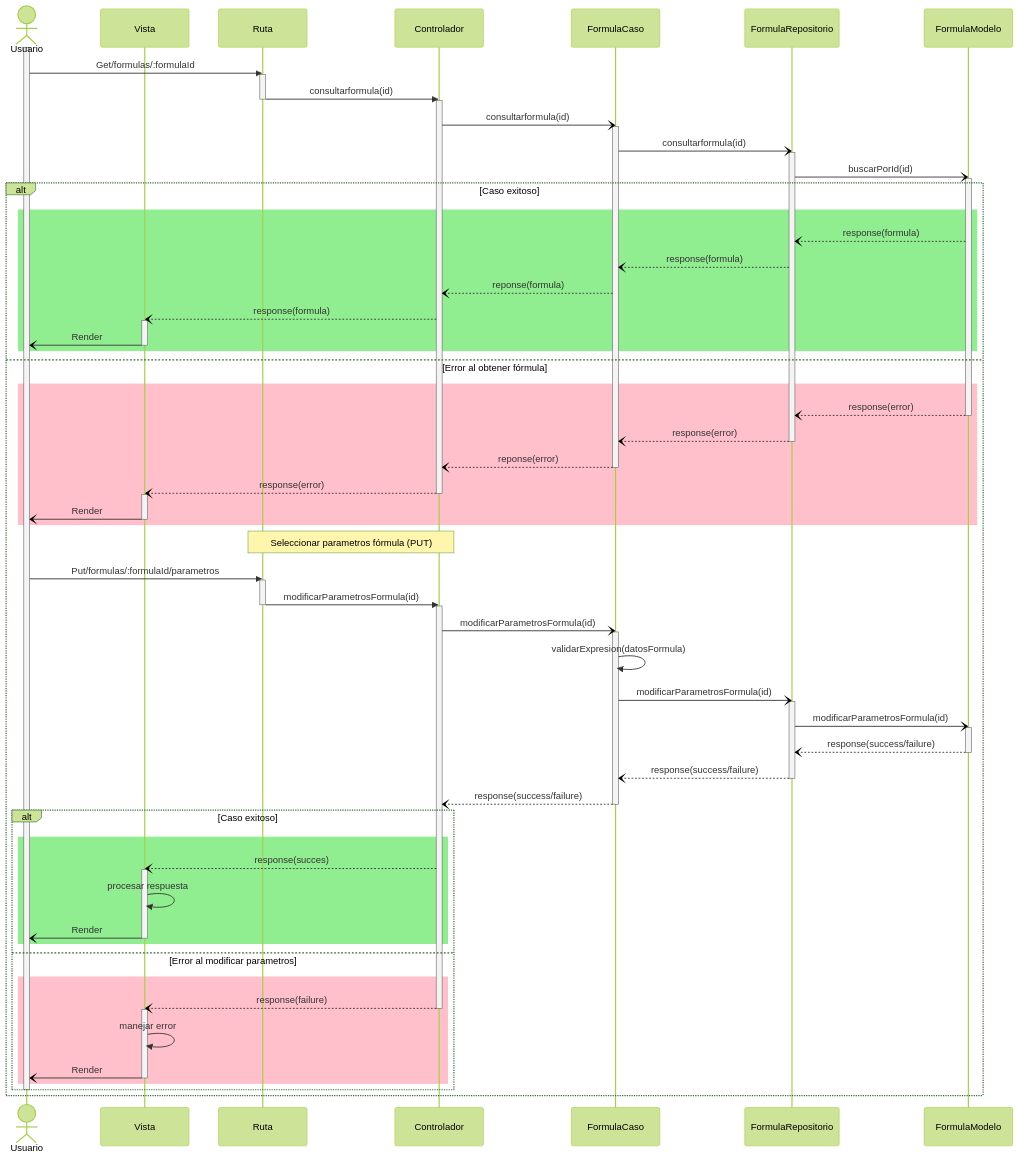
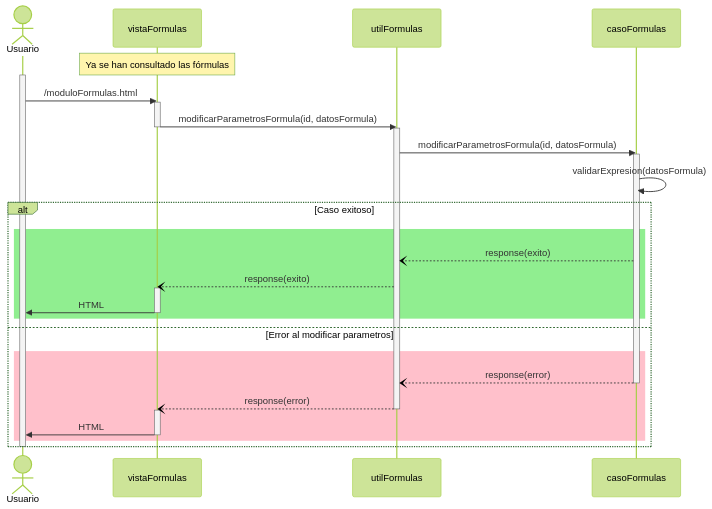
One commit to CodeAnd-Co/Documentacion changed the diagram in documentation/docs/proyectos/tractores/documentacion/requisitos/RF72.md. Above: the diagram before and after it, drawn with Mermaid (forest theme). The commit also changed other lines of this file, not shown here.

Commit message:
Corregir diagrama de secuencia RF72 a nuevo diagrama de paquetes

````diff
--- a/documentation/docs/proyectos/tractores/documentacion/requisitos/RF72.md
+++ b/documentation/docs/proyectos/tractores/documentacion/requisitos/RF72.md
@@ -27,92 +23,39 @@
 ```mermaid
 sequenceDiagram
     actor Usuario
-    participant view as Vista
-    participant route as Ruta
-    participant controller as Controlador
-    participant usecase as FormulaCaso
-    participant repository as FormulaRepositorio
-    participant model as FormulaModelo
+    participant vistaFormulas
+    participant utilFormulas
+    participant casoFormulas
 
+    note over vistaFormulas: Ya se han consultado las fórmulas
     activate Usuario
-    Usuario->>route: Get/formulas/:formulaId
-    activate route
-    route->>controller: consultarformula(id)
-    deactivate route
-    activate controller
-    controller-)usecase: consultarformula(id)
-    activate usecase
-    usecase-)repository: consultarformula(id)
-    activate repository
-    repository-)model: buscarPorId(id)
-    activate model 
+    Usuario->>vistaFormulas: /moduloFormulas.html
+    activate vistaFormulas
+    vistaFormulas->>utilFormulas: modificarParametrosFormula(id, datosFormula)
+    deactivate vistaFormulas
+    activate utilFormulas
+    utilFormulas->>casoFormulas: modificarParametrosFormula(id, datosFormula)
+    activate casoFormulas
+    casoFormulas->>casoFormulas: validarExpresion(datosFormula)
     alt Caso exitoso
       rect Lightgreen
-      model--)repository: response(formula)
-      repository--)usecase: response(formula)
-      usecase--)controller: reponse(formula)
-      controller--)view: response(formula)
-      activate view
-      view-)Usuario: Render
-      deactivate view
-      end
-    else Error al obtener fórmula
-      rect Pink
-      model--)repository: response(error)
-      deactivate model
-      repository--)usecase: response(error)
-      deactivate repository
-      usecase--)controller: reponse(error)
-      deactivate usecase
-      controller--)view: response(error)
-      deactivate controller
-      activate view
-      view-)Usuario: Render
-      deactivate view
-      
-    end
-
-
-    note over route, controller: Seleccionar parametros fórmula (PUT)
-    Usuario->>route: Put/formulas/:formulaId/parametros
-    activate route
-    route->>controller: modificarParametrosFormula(id)
-    deactivate route
-    activate controller
-    controller-)usecase: modificarParametrosFormula(id)
-    activate usecase
-    usecase->>usecase: validarExpresion(datosFormula)
-    usecase-)repository: modificarParametrosFormula(id)
-    activate repository
-    repository-)model: modificarParametrosFormula(id)
-    activate model
-    model--)repository: response(success/failure)
-    deactivate model
-    repository--)usecase: response(success/failure)
-    deactivate repository
-    usecase--)controller: response(success/failure)
-    deactivate usecase
-    alt Caso exitoso
-      rect Lightgreen
-      controller--)view: response(succes)
-      activate view
-      view->>view: procesar respuesta
-      view-)Usuario: Render
-      deactivate view
+      casoFormulas--)utilFormulas: response(exito)
+      utilFormulas--)vistaFormulas: response(exito)
+      activate vistaFormulas
+      vistaFormulas->>Usuario: HTML
+      deactivate vistaFormulas
       end
     else Error al modificar parametros
       rect Pink
-      controller--)view: response(failure)
-      deactivate controller
-      activate view
-      view->>view: manejar error
-      view-)Usuario: Render
-      deactivate view
+      casoFormulas--)utilFormulas: response(error)
+      deactivate casoFormulas
+      utilFormulas--)vistaFormulas: response(error)
+      deactivate utilFormulas
+      activate vistaFormulas
+      vistaFormulas->>Usuario: HTML
+      deactivate vistaFormulas
       end
 
     end
     deactivate Usuario
-
-
-    end
 ```
````
